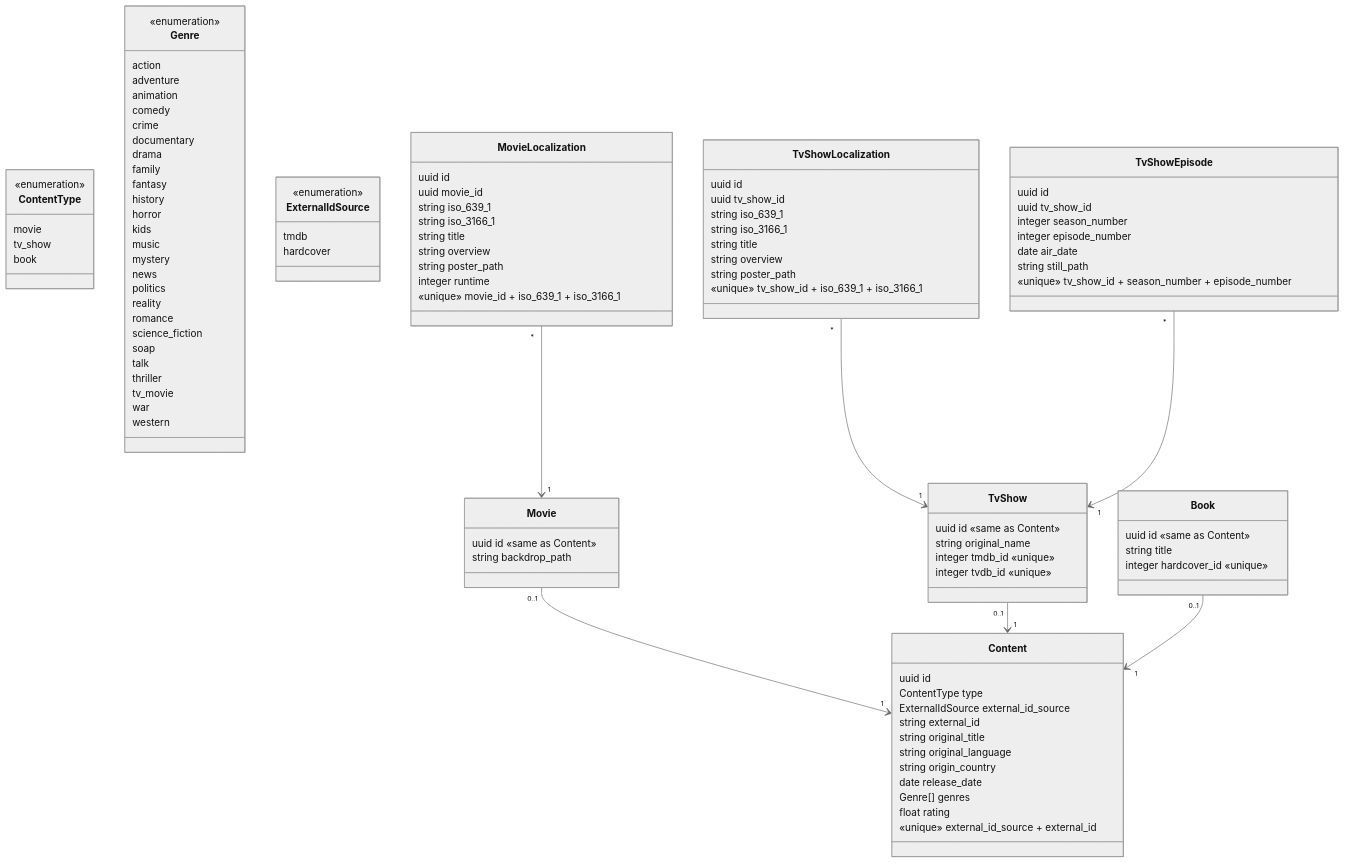
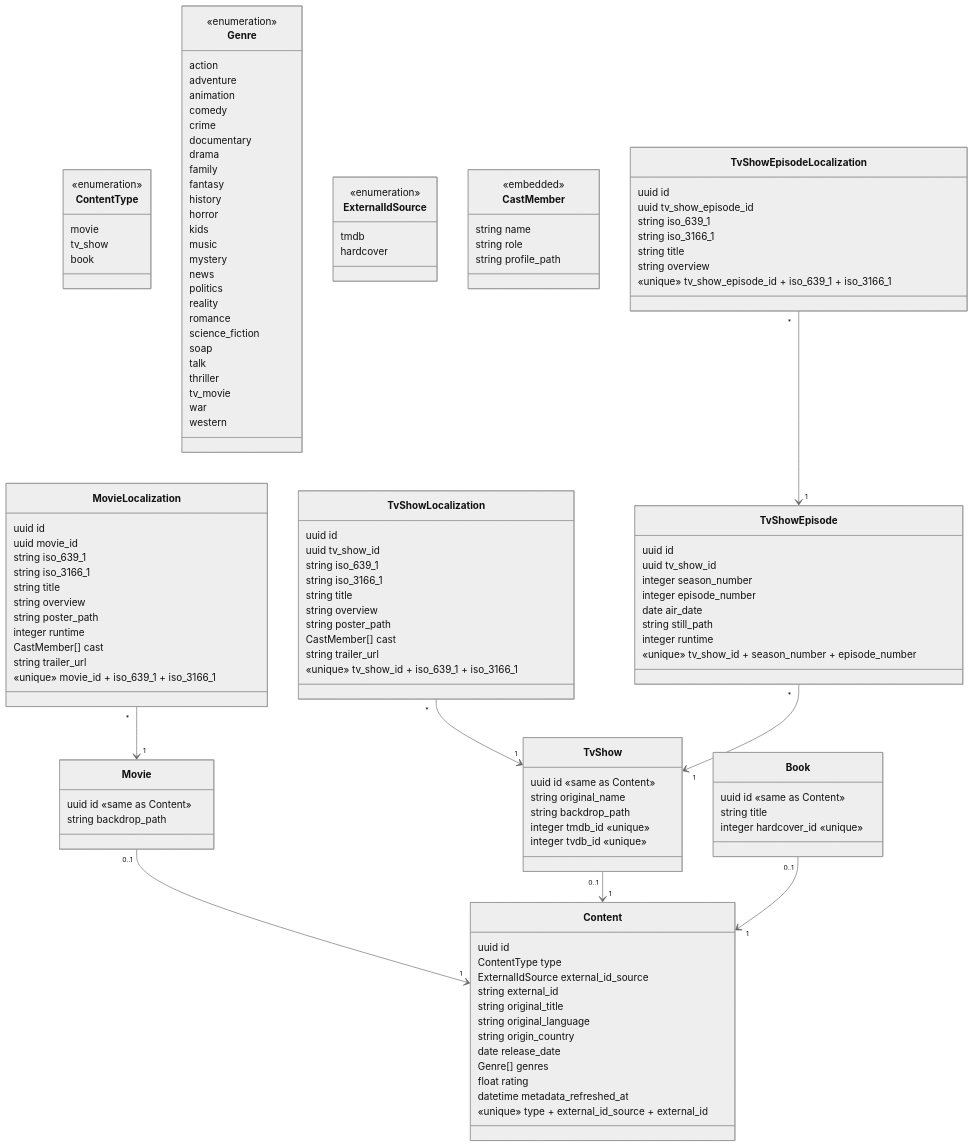
Before and after one commit to nat-e/watch_club: the third of 11 diagrams in docs/data-model.md, drawn with Mermaid (neutral theme). The commit also changed 36 other files, not shown here.

````diff
--- a/docs/data-model.md
+++ b/docs/data-model.md
@@ -66,7 +66,8 @@
     date release_date
     Genre[] genres
     float rating
-    «unique» external_id_source + external_id
+    datetime metadata_refreshed_at
+    «unique» type + external_id_source + external_id
   }
   class ContentType {
     <<enumeration>>
@@ -120,11 +121,14 @@
     string overview
     string poster_path
     integer runtime
+    CastMember[] cast
+    string trailer_url
     «unique» movie_id + iso_639_1 + iso_3166_1
   }
   class TvShow {
     uuid id «same as Content»
     string original_name
+    string backdrop_path
     integer tmdb_id «unique»
     integer tvdb_id «unique»
   }
@@ -136,7 +140,15 @@
     string title
     string overview
     string poster_path
+    CastMember[] cast
+    string trailer_url
     «unique» tv_show_id + iso_639_1 + iso_3166_1
+  }
+  class CastMember {
+    <<embedded>>
+    string name
+    string role
+    string profile_path
   }
   class TvShowEpisode {
     uuid id
@@ -145,7 +157,17 @@
     integer episode_number
     date air_date
     string still_path
+    integer runtime
     «unique» tv_show_id + season_number + episode_number
+  }
+  class TvShowEpisodeLocalization {
+    uuid id
+    uuid tv_show_episode_id
+    string iso_639_1
+    string iso_3166_1
+    string title
+    string overview
+    «unique» tv_show_episode_id + iso_639_1 + iso_3166_1
   }
   class Book {
     uuid id «same as Content»
@@ -158,4 +180,5 @@
   MovieLocalization "*" --> "1" Movie
   TvShowLocalization "*" --> "1" TvShow
   TvShowEpisode "*" --> "1" TvShow
+  TvShowEpisodeLocalization "*" --> "1" TvShowEpisode
 ```
````
